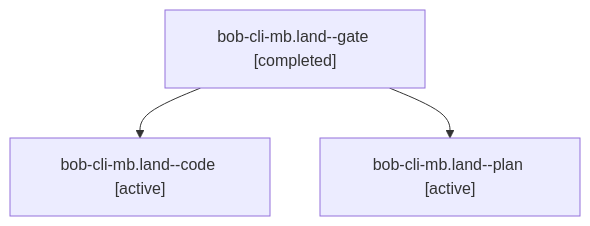
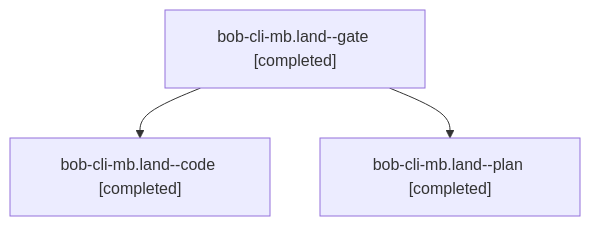
Before and after one commit to bobs-org/bob-cli--agents: the diagram in sessions/bbugyi200.athena.bob-cli-mb.land.md, drawn with Mermaid. The commit also changed other lines of this file and 28 other files, not shown here.

````diff
--- a/sessions/bbugyi200.athena.bob-cli-mb.land.md
+++ b/sessions/bbugyi200.athena.bob-cli-mb.land.md
@@ -9,8 +9,8 @@
 ```mermaid
 flowchart TD
   n0["bob-cli-mb.land--gate [completed]"]
-  n1["bob-cli-mb.land--code [active]"]
+  n1["bob-cli-mb.land--code [completed]"]
   n0 --> n1
-  n2["bob-cli-mb.land--plan [active]"]
+  n2["bob-cli-mb.land--plan [completed]"]
   n0 --> n2
 ```
````
